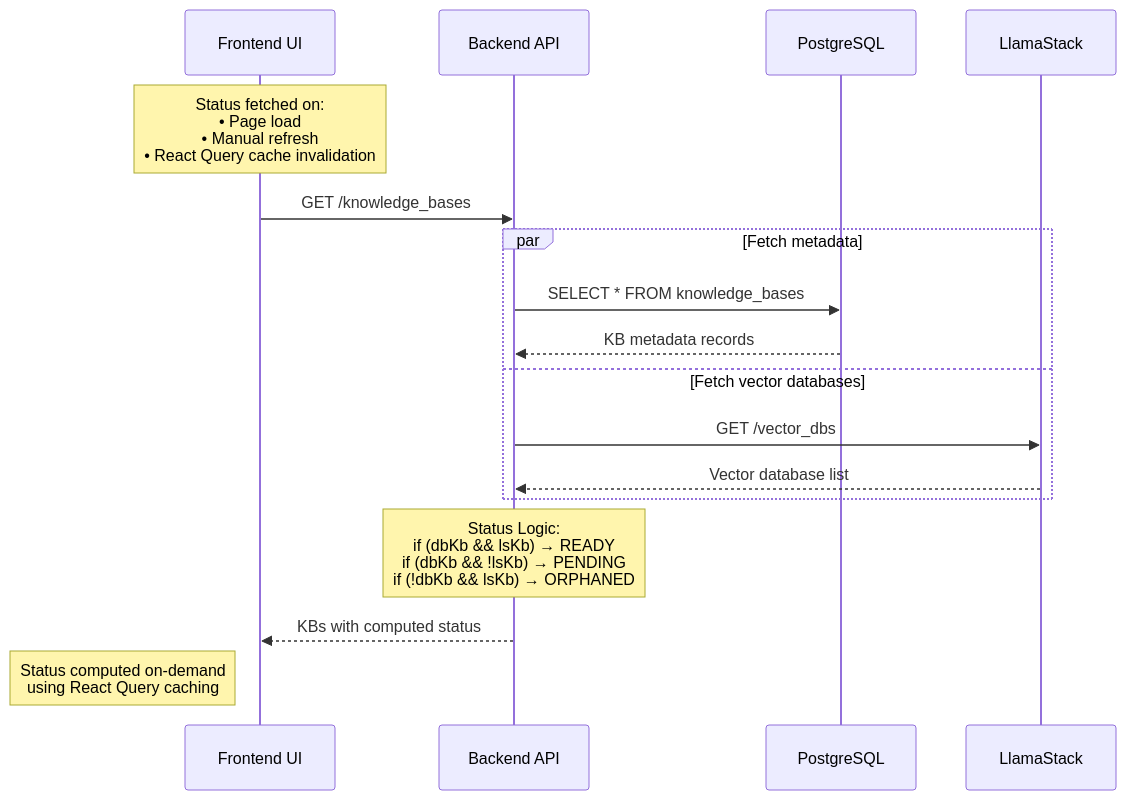
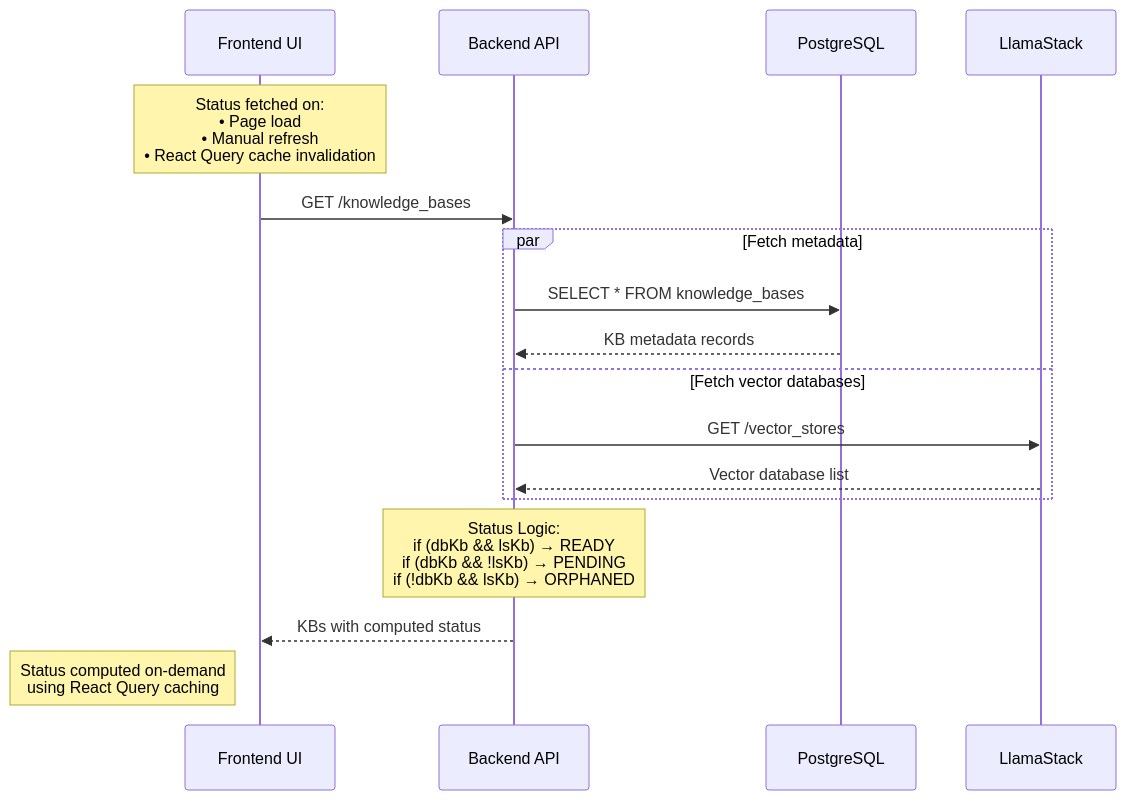
One commit to yuvalturg/ai-virtual-agent changed the fifth of 6 diagrams in docs/knowledge-base-architecture.md. Above: the diagram before and after it, drawn with Mermaid. The commit also changed other lines of this file and 66 other files, not shown here.

````diff
--- a/docs/knowledge-base-architecture.md
+++ b/docs/knowledge-base-architecture.md
@@ -140,24 +140,24 @@
 ```mermaid
 sequenceDiagram
     participant UI as Frontend UI
     participant API as Backend API
     participant DB as PostgreSQL
     participant LS as LlamaStack
 
     Note over UI: Status fetched on:<br/>• Page load<br/>• Manual refresh<br/>• React Query cache invalidation
 
     UI->>API: GET /knowledge_bases
 
     par Fetch metadata
         API->>DB: SELECT * FROM knowledge_bases
         DB-->>API: KB metadata records
     and Fetch vector databases
-        API->>LS: GET /vector_dbs
+        API->>LS: GET /vector_stores
         LS-->>API: Vector database list
     end
 
     Note over API: Status Logic:<br/>if (dbKb && lsKb) → READY<br/>if (dbKb && !lsKb) → PENDING<br/>if (!dbKb && lsKb) → ORPHANED
 
     API-->>UI: KBs with computed status
     Note left of UI: Status computed on-demand<br/>using React Query caching
 ```
````
